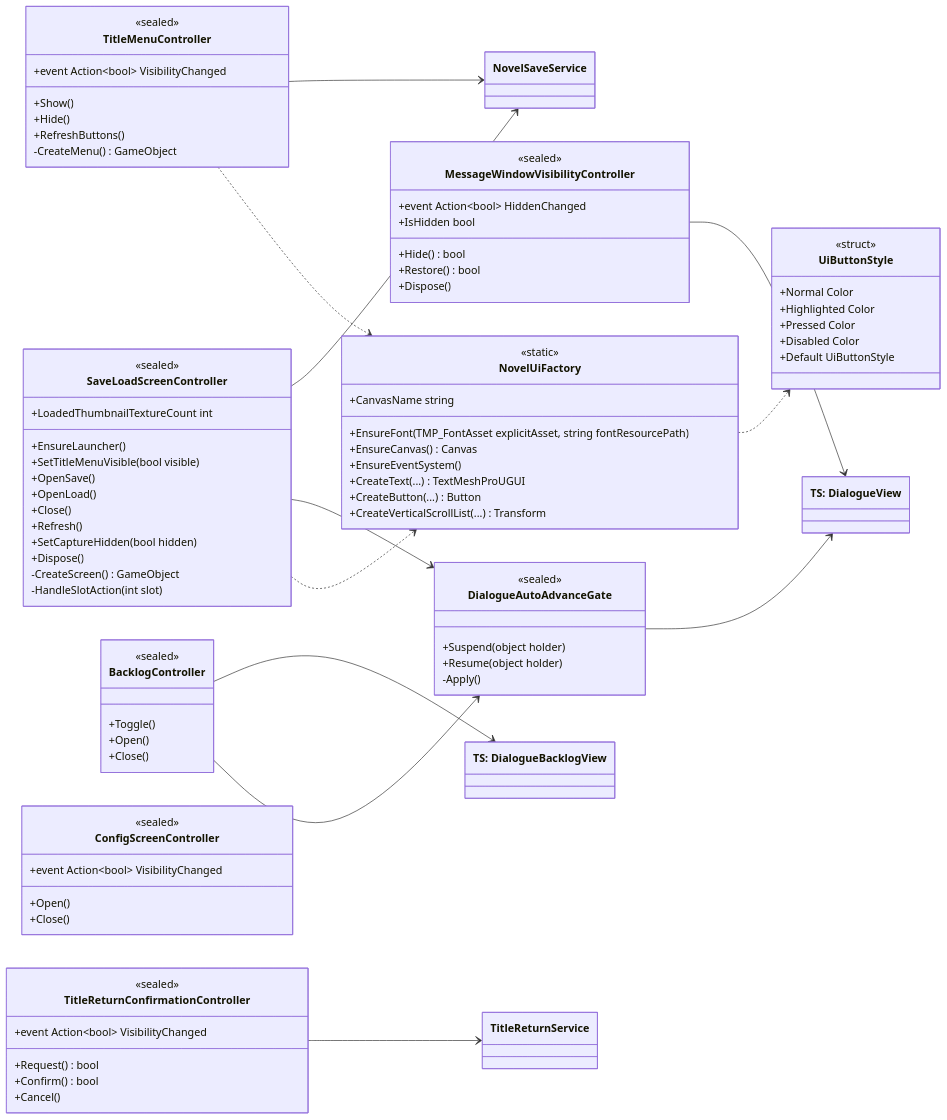
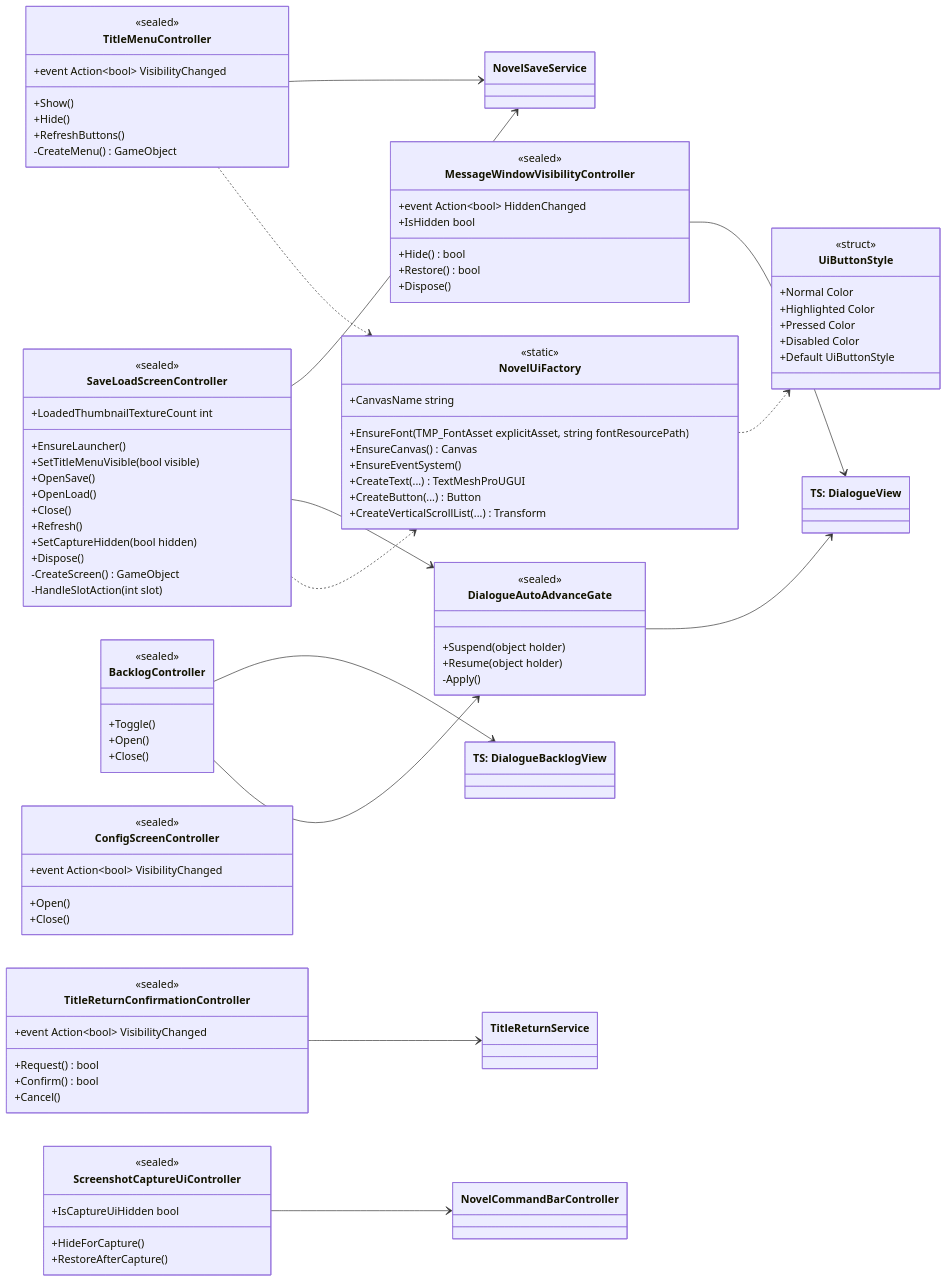
The fifth of 5 diagrams in docs/architecture/class-diagram.md (kkmia417/WhiteRoom), drawn with Mermaid before and after one commit. The commit also changed other lines of this file and 14 other files, not shown here.

Commit message:
feat: add player screenshot capture (#60)

```diff
--- a/docs/architecture/class-diagram.md
+++ b/docs/architecture/class-diagram.md
@@ -425,6 +451,13 @@
         +Cancel()
     }
 
+    class ScreenshotCaptureUiController {
+        <<sealed>>
+        +IsCaptureUiHidden bool
+        +HideForCapture()
+        +RestoreAfterCapture()
+    }
+
     class NovelUiFactory {
         <<static>>
         +CanvasName string
@@ -447,6 +480,7 @@
 
     class NovelSaveService
     class TitleReturnService
+    class NovelCommandBarController
     class DialogueView["TS: DialogueView"]
     class DialogueBacklogView["TS: DialogueBacklogView"]
 
@@ -458,6 +492,7 @@
     DialogueAutoAdvanceGate --> DialogueView
     MessageWindowVisibilityController --> DialogueView
     TitleReturnConfirmationController --> TitleReturnService
+    ScreenshotCaptureUiController --> NovelCommandBarController
     TitleMenuController ..> NovelUiFactory
     SaveLoadScreenController ..> NovelUiFactory
     NovelUiFactory ..> UiButtonStyle
```
